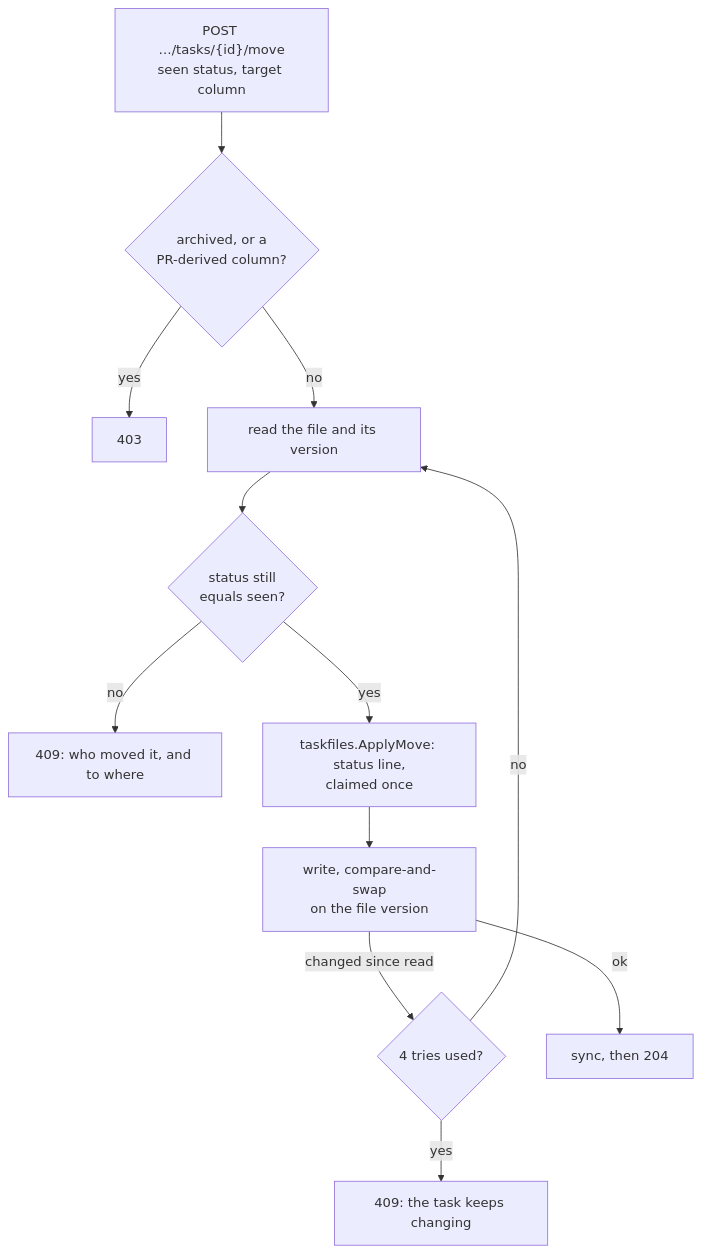
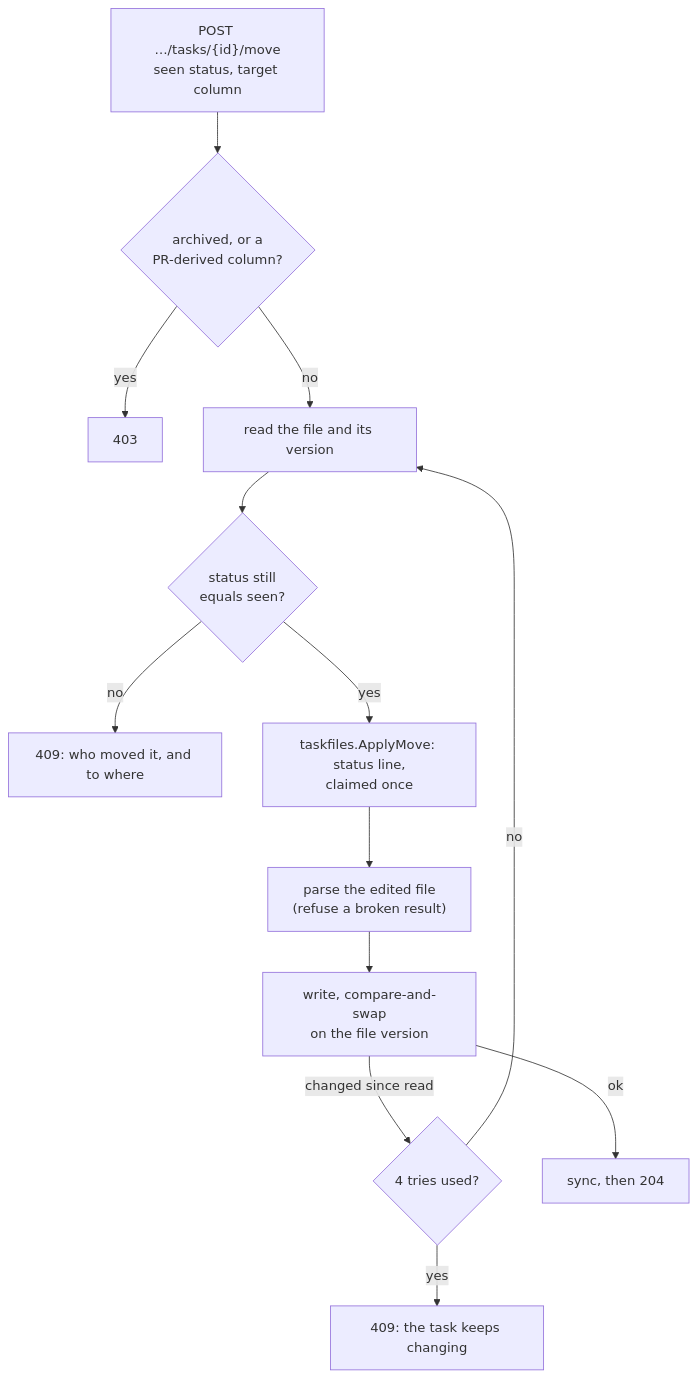
One commit to milos-sikic-nimbus-tech/fuda changed the sixth of 6 diagrams in docs/architecture.md. Above: the diagram before and after it, drawn with Mermaid. The commit also changed other lines of this file and 71 other files, not shown here.

````diff
--- a/docs/architecture.md
+++ b/docs/architecture.md
@@ -272,13 +284,13 @@
 ```mermaid
 flowchart TD
   R["POST …/tasks/{id}/move<br/>seen status, target column"] --> C{"archived, or a<br/>PR-derived column?"}
   C -- yes --> F["403"]
   C -- no --> READ["read the file and its version"]
   READ --> SAME{"status still<br/>equals seen?"}
   SAME -- no --> L["409: who moved it, and to where"]
-  SAME -- yes --> EDIT["taskfiles.ApplyMove: status line,<br/>claimed once"] --> W["write, compare-and-swap<br/>on the file version"]
+  SAME -- yes --> EDIT["taskfiles.ApplyMove: status line,<br/>claimed once"] --> PARSE["parse the edited file<br/>(refuse a broken result)"] --> W["write, compare-and-swap<br/>on the file version"]
   W -- changed since read --> N{"4 tries used?"}
   N -- no --> READ
   N -- yes --> L2["409: the task keeps changing"]
   W -- ok --> SYNC["sync, then 204"]
 ```
````
